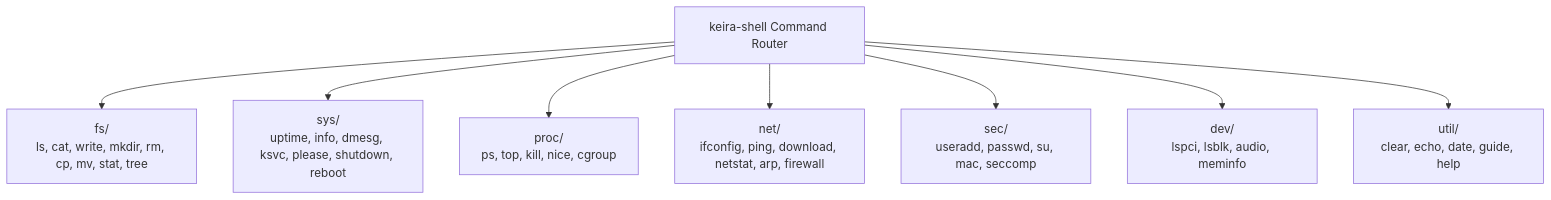
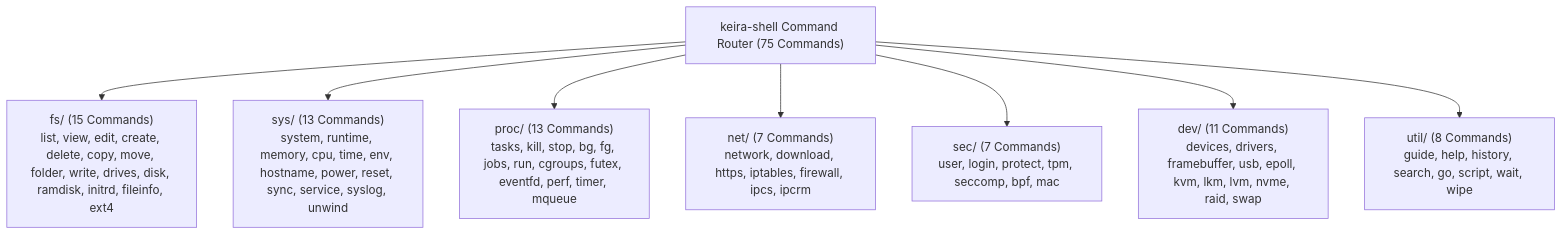
Before and after one commit to mrvlous/keira: the diagram in docs/shell/commands/README.md, drawn with Mermaid. The commit also changed other lines of this file and 28 other files, not shown here.

Commit message:
feat(shell): harmonize command status labeling between active engines and preview stubs

````diff
--- a/docs/shell/commands/README.md
+++ b/docs/shell/commands/README.md
@@ -11,10 +11,10 @@
 ```mermaid
 graph TD
-    Shell["keira-shell Command Router"] --> FS["fs/<br/>ls, cat, write, mkdir, rm, cp, mv, stat, tree"]
-    Shell --> Sys["sys/<br/>uptime, info, dmesg, ksvc, please, shutdown, reboot"]
-    Shell --> Proc["proc/<br/>ps, top, kill, nice, cgroup"]
-    Shell --> Net["net/<br/>ifconfig, ping, download, netstat, arp, firewall"]
-    Shell --> Sec["sec/<br/>useradd, passwd, su, mac, seccomp"]
-    Shell --> Dev["dev/<br/>lspci, lsblk, audio, meminfo"]
-    Shell --> Util["util/<br/>clear, echo, date, guide, help"]
+    Shell["keira-shell Command Router (75 Commands)"] --> FS["fs/ (15 Commands)<br/>list, view, edit, create, delete, copy, move, folder, write, drives, disk, ramdisk, initrd, fileinfo, ext4"]
+    Shell --> Sys["sys/ (13 Commands)<br/>system, runtime, memory, cpu, time, env, hostname, power, reset, sync, service, syslog, unwind"]
+    Shell --> Proc["proc/ (13 Commands)<br/>tasks, kill, stop, bg, fg, jobs, run, cgroups, futex, eventfd, perf, timer, mqueue"]
+    Shell --> Net["net/ (7 Commands)<br/>network, download, https, iptables, firewall, ipcs, ipcrm"]
+    Shell --> Sec["sec/ (7 Commands)<br/>user, login, protect, tpm, seccomp, bpf, mac"]
+    Shell --> Dev["dev/ (11 Commands)<br/>devices, drivers, framebuffer, usb, epoll, kvm, lkm, lvm, nvme, raid, swap"]
+    Shell --> Util["util/ (8 Commands)<br/>guide, help, history, search, go, script, wait, wipe"]
 ```
````
